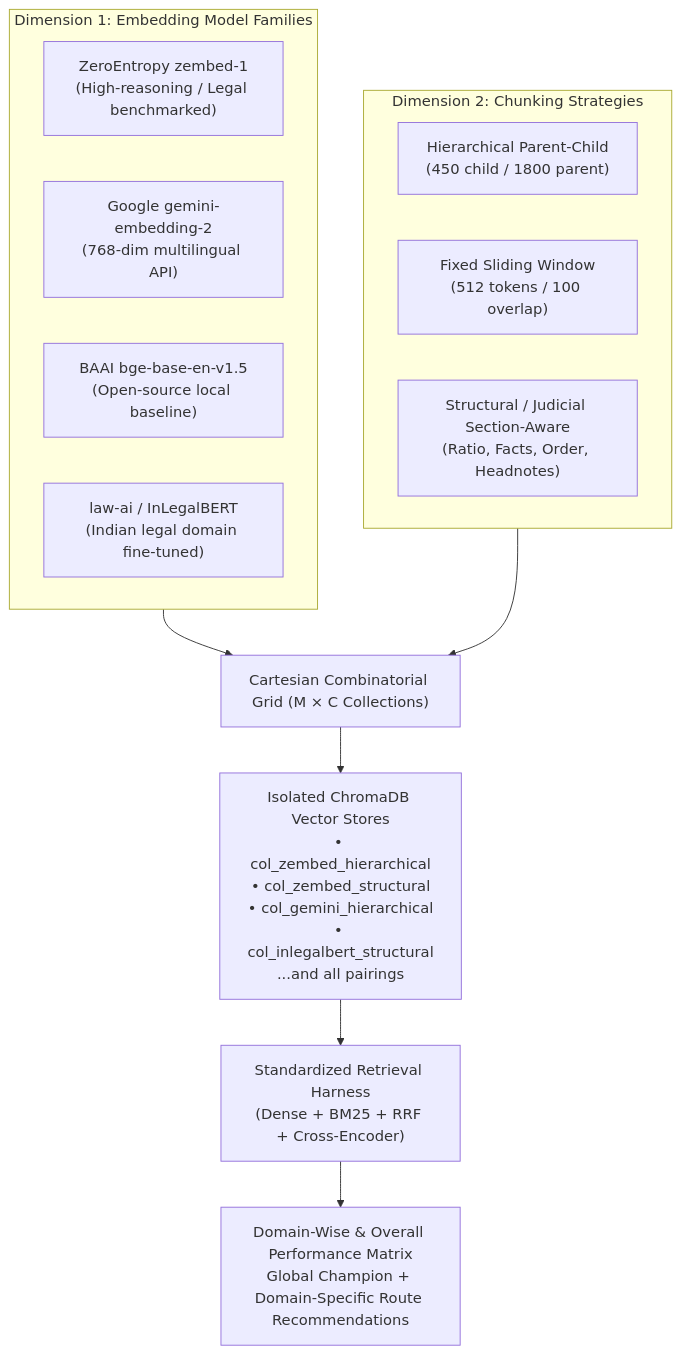
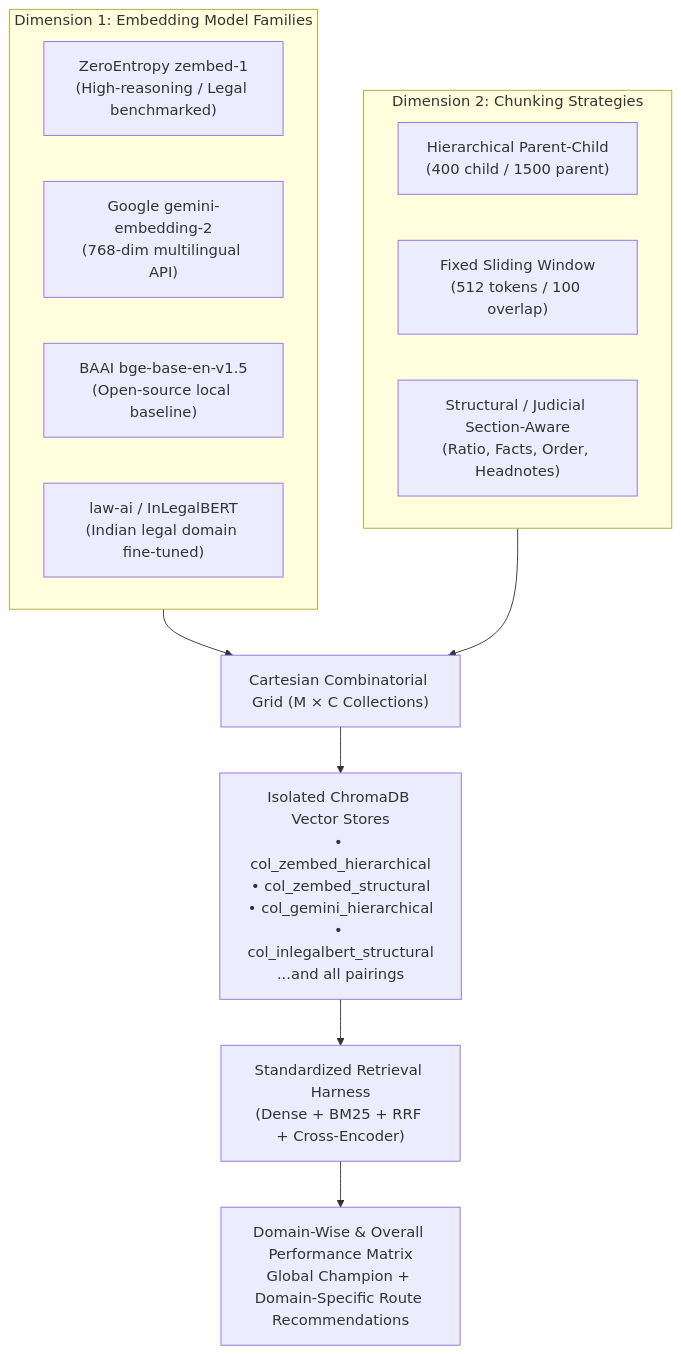
One commit to Aditya-Kayasth/Major-Project changed the second of 2 diagrams in README.md. Above: the diagram before and after it, drawn with Mermaid. The commit also changed other lines of this file, not shown here.

````diff
--- a/README.md
+++ b/README.md
@@ -248,23 +286,23 @@
 ```mermaid
 flowchart TD
     subgraph Dimension1 ["Dimension 1: Embedding Model Families"]
         M1["ZeroEntropy zembed-1<br>(High-reasoning / Legal benchmarked)"]
         M2["Google gemini-embedding-2<br>(768-dim multilingual API)"]
         M3["BAAI bge-base-en-v1.5<br>(Open-source local baseline)"]
         M4["law-ai / InLegalBERT<br>(Indian legal domain fine-tuned)"]
     end
 
     subgraph Dimension2 ["Dimension 2: Chunking Strategies"]
-        C1["Hierarchical Parent-Child<br>(450 child / 1800 parent)"]
+        C1["Hierarchical Parent-Child<br>(400 child / 1500 parent)"]
         C2["Fixed Sliding Window<br>(512 tokens / 100 overlap)"]
         C3["Structural / Judicial Section-Aware<br>(Ratio, Facts, Order, Headnotes)"]
     end
 
     Dimension1 --> Grid["Cartesian Combinatorial Grid (M × C Collections)"]
     Dimension2 --> Grid
 
     Grid --> StoreCol["Isolated ChromaDB Vector Stores<br>• col_zembed_hierarchical<br>• col_zembed_structural<br>• col_gemini_hierarchical<br>• col_inlegalbert_structural<br>...and all pairings"]
 
     StoreCol --> EvalHarness["Standardized Retrieval Harness<br>(Dense + BM25 + RRF + Cross-Encoder)"]
     EvalHarness --> BenchOutput["Domain-Wise & Overall Performance Matrix<br>Global Champion + Domain-Specific Route Recommendations"]
 ```
````
